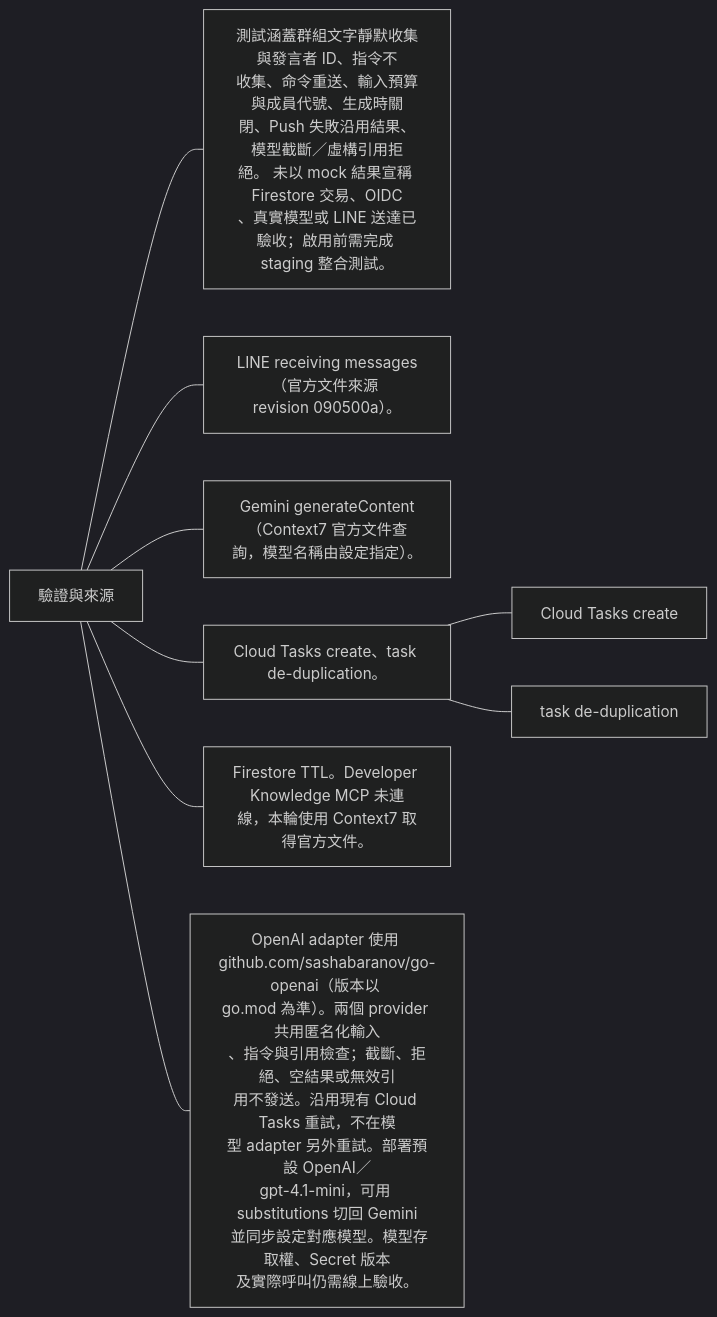
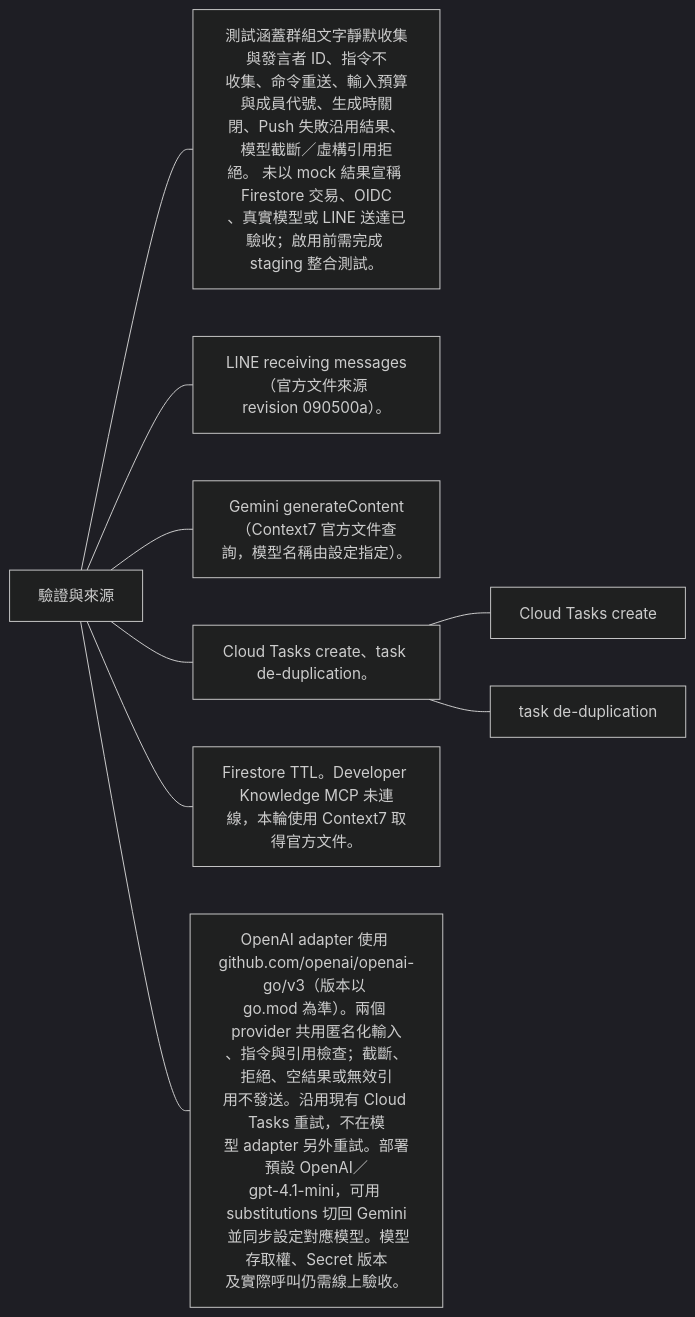
Before and after one commit to 963sup/line-mini-app-bot: diagram 11 of 11 in docs/domains/summary/summary.md, drawn with Mermaid (dark theme). The commit also changed 7 other files, not shown here.

````diff
--- a/docs/domains/summary/summary.md
+++ b/docs/domains/summary/summary.md
@@ -91,17 +91,17 @@
 ```mermaid
 flowchart LR
   h["驗證與來源"]
   h --- n0["測試涵蓋群組文字靜默收集與發言者 ID、指令不<br/>收集、命令重送、輸入預算與成員代號、生成時關<br/>閉、Push 失敗沿用結果、模型截斷／虛構引用拒<br/>絕。 未以 mock 結果宣稱 Firestore 交易、OIDC<br/>、真實模型或 LINE 送達已驗收；啟用前需完成 <br/>staging 整合測試。"]
   h --- n1["LINE receiving messages（官方文件來源 <br/>revision 090500a）。"]
   click n1 "https://developers.line.biz/en/docs/messaging-api/receiving-messages/"
   h --- n2["Gemini generateContent（Context7 官方文件查<br/>詢，模型名稱由設定指定）。"]
   click n2 "https://ai.google.dev/gemini-api/docs/text-generation"
   h --- n3["Cloud Tasks create、task de-duplication。"]
   n3 --- n3l0["Cloud Tasks create"]
   click n3l0 "https://docs.cloud.google.com/tasks/docs/create-tasks"
   n3 --- n3l1["task de-duplication"]
   click n3l1 "https://docs.cloud.google.com/tasks/docs/reference/rest/v2/projects.locations.queues.tasks/create"
   h --- n4["Firestore TTL。Developer Knowledge MCP 未連<br/>線，本輪使用 Context7 取得官方文件。"]
   click n4 "https://docs.cloud.google.com/firestore/native/docs/ttl"
-  h --- n5["OpenAI adapter 使用 <br/>github.com/sashabaranov/go-openai（版本以 <br/>go.mod 為準）。兩個 provider 共用匿名化輸入<br/>、指令與引用檢查；截斷、拒絕、空結果或無效引<br/>用不發送。沿用現有 Cloud Tasks 重試，不在模<br/>型 adapter 另外重試。部署預設 OpenAI／<br/>gpt-4.1-mini，可用 substitutions 切回 Gemini<br/> 並同步設定對應模型。模型存取權、Secret 版本<br/>及實際呼叫仍需線上驗收。"]
+  h --- n5["OpenAI adapter 使用 <br/>github.com/openai/openai-go/v3（版本以 <br/>go.mod 為準）。兩個 provider 共用匿名化輸入<br/>、指令與引用檢查；截斷、拒絕、空結果或無效引<br/>用不發送。沿用現有 Cloud Tasks 重試，不在模<br/>型 adapter 另外重試。部署預設 OpenAI／<br/>gpt-4.1-mini，可用 substitutions 切回 Gemini<br/> 並同步設定對應模型。模型存取權、Secret 版本<br/>及實際呼叫仍需線上驗收。"]
 ```
````
